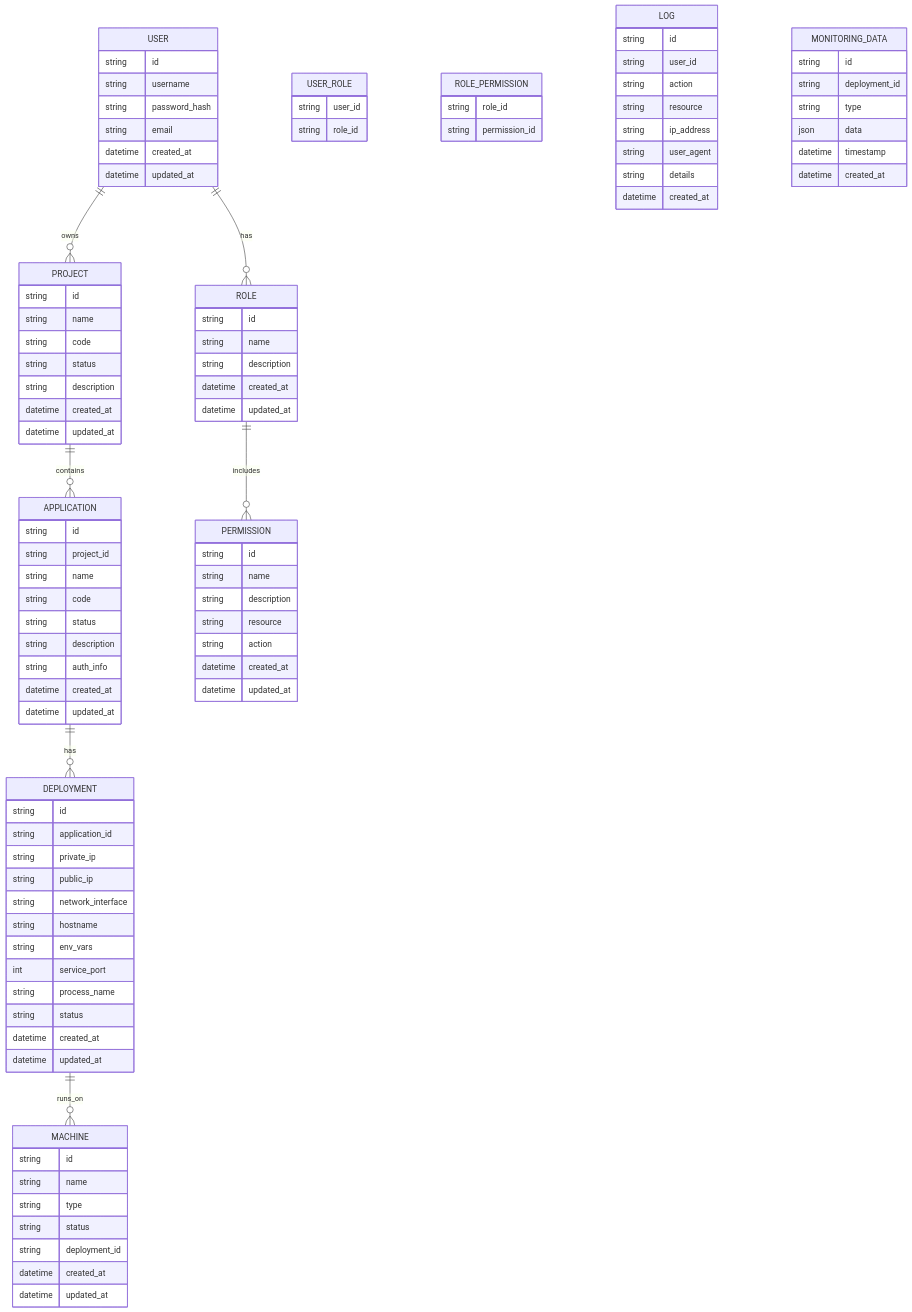
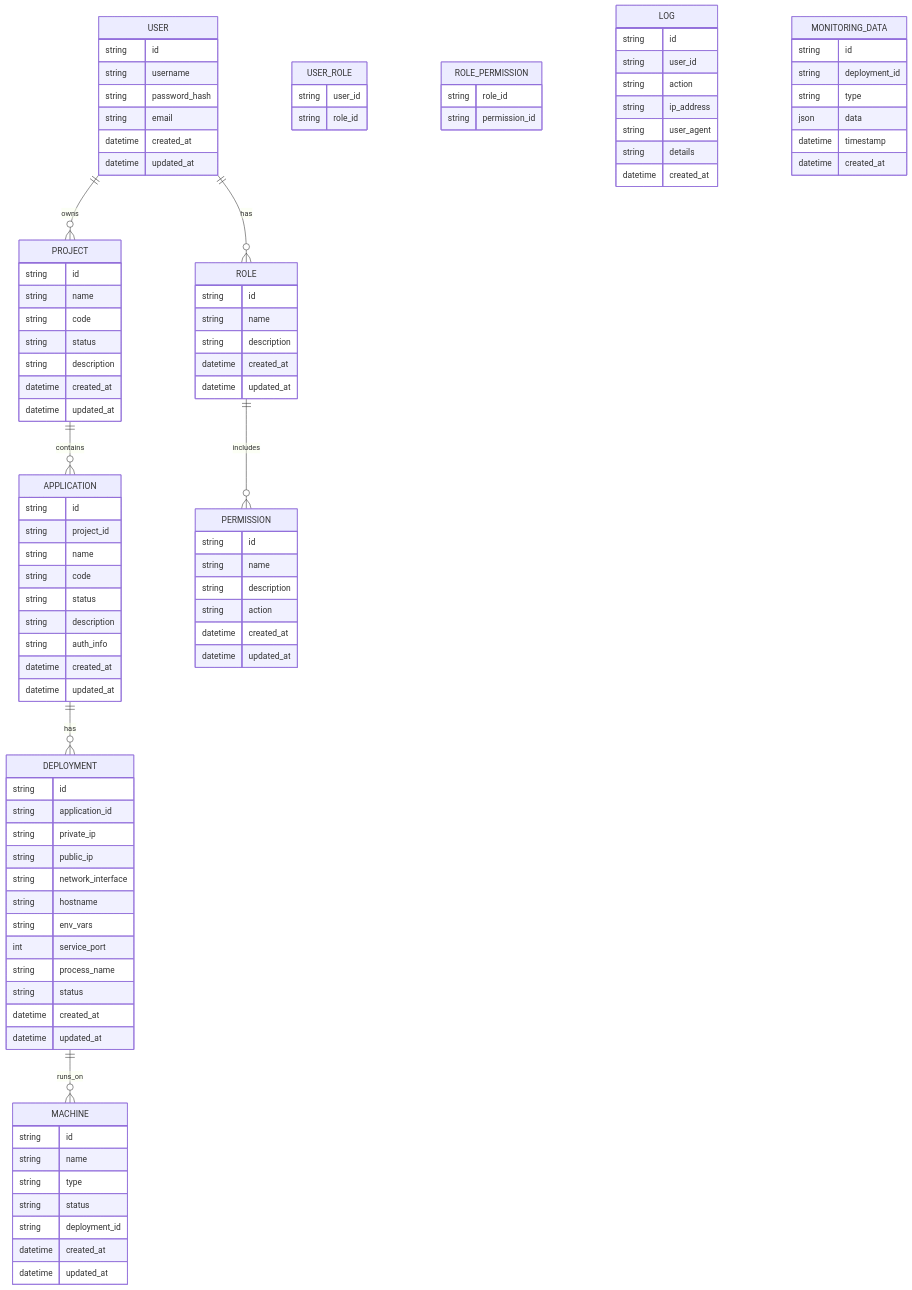
One commit to ai-one-tech/aione-monihub changed the second of 5 diagrams in .qoder/quests/project-structure-setup.md. Above: the diagram before and after it, drawn with Mermaid. The commit also changed 20 other files, not shown here.

```diff
--- a/.qoder/quests/project-structure-setup.md
+++ b/.qoder/quests/project-structure-setup.md
@@ -284,7 +284,6 @@
         string id
         string name
         string description
-        string resource
         string action
         datetime created_at
         datetime updated_at
@@ -304,7 +303,6 @@
         string id
         string user_id
         string action
-        string resource
         string ip_address
         string user_agent
         string details
```
